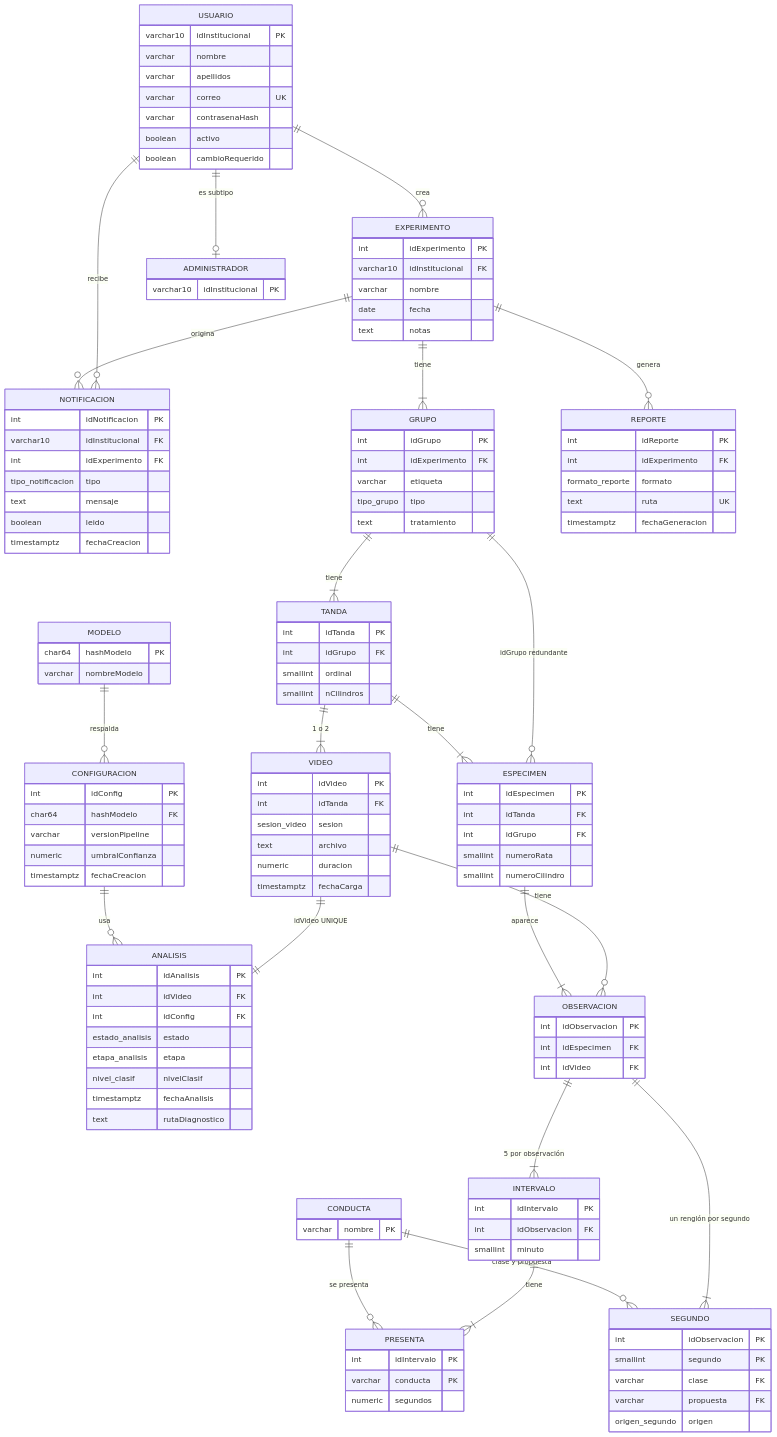
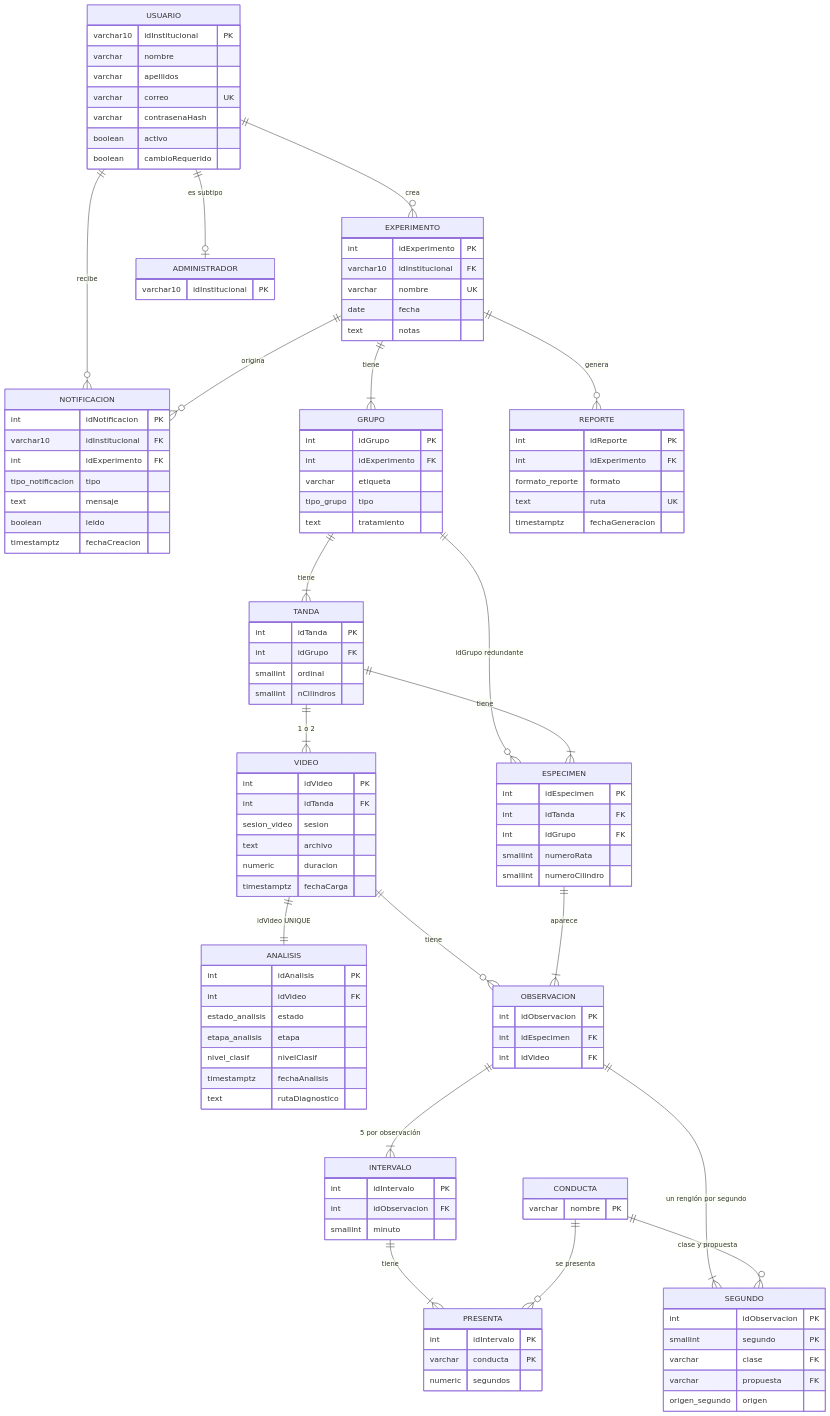
One commit to ErickJester/fst-ai-system-latex changed the fourth of 38 diagrams in INSTRUCCIONES-WEB.md. Above: the diagram before and after it, drawn with Mermaid. The commit also changed other lines of this file and 18 other files, not shown here.

```diff
--- a/INSTRUCCIONES-WEB.md
+++ b/INSTRUCCIONES-WEB.md
@@ -220,8 +226,6 @@
   CONDUCTA ||--o{ PRESENTA : "se presenta"
   OBSERVACION ||--|{ SEGUNDO : "un renglón por segundo"
   CONDUCTA ||--o{ SEGUNDO : "clase y propuesta"
-  CONFIGURACION ||--o{ ANALISIS : usa
-  MODELO ||--o{ CONFIGURACION : respalda
 
   USUARIO { varchar10 idInstitucional PK
             varchar nombre
@@ -232,7 +236,7 @@
             boolean cambioRequerido }
   EXPERIMENTO { int idExperimento PK
                 varchar10 idInstitucional FK
-                varchar nombre
+                varchar nombre UK
                 date fecha
                 text notas }
   GRUPO { int idGrupo PK
@@ -257,7 +261,6 @@
           timestamptz fechaCarga }
   ANALISIS { int idAnalisis PK
              int idVideo FK
-             int idConfig FK
              estado_analisis estado
              etapa_analisis etapa
              nivel_clasif nivelClasif
@@ -279,13 +282,6 @@
             varchar propuesta FK
             origen_segundo origen }
   ADMINISTRADOR { varchar10 idInstitucional PK }
-  MODELO { char64 hashModelo PK
-           varchar nombreModelo }
-  CONFIGURACION { int idConfig PK
-                  char64 hashModelo FK
-                  varchar versionPipeline
-                  numeric umbralConfianza
-                  timestamptz fechaCreacion }
   REPORTE { int idReporte PK
             int idExperimento FK
             formato_reporte formato
```
